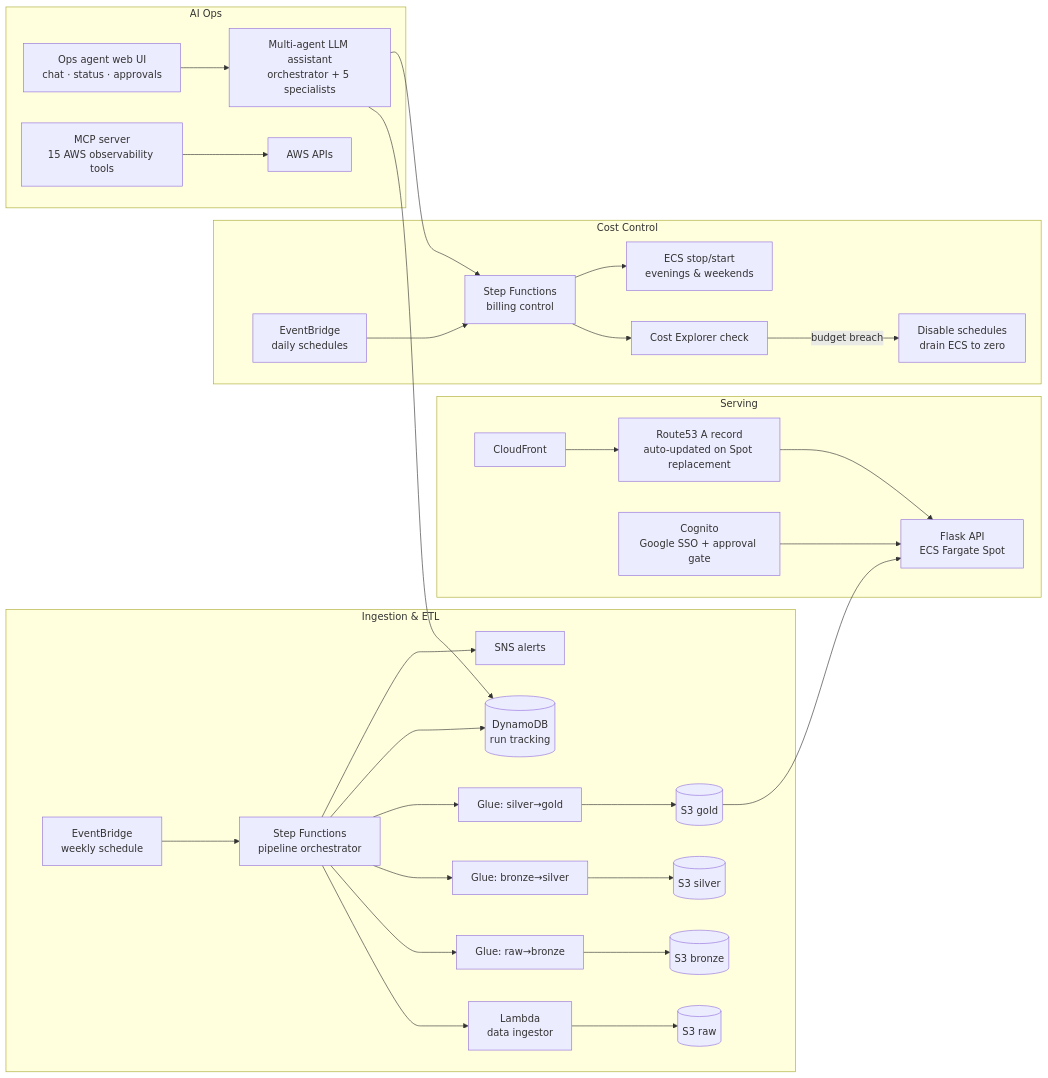
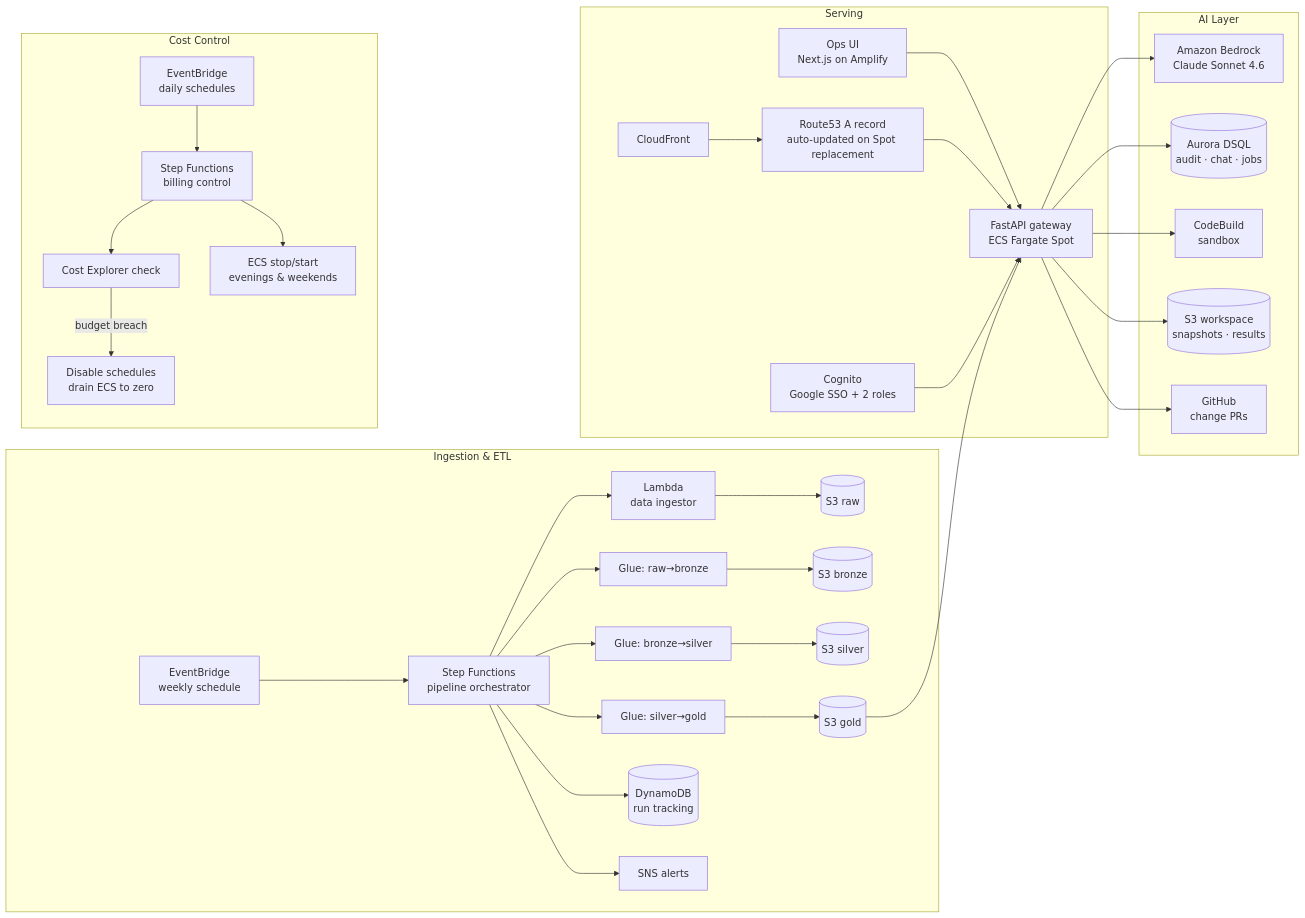
The diagram in README.md (AloofAncient/stratum-showcase), drawn with Mermaid before and after one commit. The commit also changed other lines of this file and 19 other files, not shown here.

````diff
--- a/README.md
+++ b/README.md
@@ -21,33 +22,35 @@
 ```mermaid
 flowchart LR
     subgraph Ingestion & ETL
         EB[EventBridge<br/>weekly schedule] --> SF[Step Functions<br/>pipeline orchestrator]
         SF --> LI[Lambda<br/>data ingestor]
         LI --> RAW[(S3 raw)]
         SF --> G1[Glue: raw→bronze] --> BR[(S3 bronze)]
         SF --> G2[Glue: bronze→silver] --> SI[(S3 silver)]
         SF --> G3[Glue: silver→gold] --> GO[(S3 gold)]
         SF --> DDB[(DynamoDB<br/>run tracking)]
         SF --> SNS[SNS alerts]
     end
 
     subgraph Serving
-        GO --> API[Flask API<br/>ECS Fargate Spot]
-        CF[CloudFront] --> R53[Route53 A record<br/>auto-updated on Spot replacement] --> API
-        COG[Cognito<br/>Google SSO + approval gate] --> API
+        UI[Ops UI<br/>Next.js on Amplify] --> GW
+        CF[CloudFront] --> R53[Route53 A record<br/>auto-updated on Spot replacement] --> GW[FastAPI gateway<br/>ECS Fargate Spot]
+        GO --> GW
+        COG[Cognito<br/>Google SSO + 2 roles] --> GW
+    end
+
+    subgraph AI Layer
+        GW --> BED[Amazon Bedrock<br/>Claude Sonnet 4.6]
+        GW --> DSQL[(Aurora DSQL<br/>audit · chat · jobs)]
+        GW --> CB[CodeBuild<br/>sandbox]
+        GW --> WS[(S3 workspace<br/>snapshots · results)]
+        GW --> GH[GitHub<br/>change PRs]
     end
 
     subgraph Cost Control
         CRON[EventBridge<br/>daily schedules] --> BC[Step Functions<br/>billing control]
         BC --> CE[Cost Explorer check]
         BC --> STOPGO[ECS stop/start<br/>evenings & weekends]
         CE -->|budget breach| KILL[Disable schedules<br/>drain ECS to zero]
     end
-
-    subgraph AI Ops
-        UI[Ops agent web UI<br/>chat · status · approvals] --> AG[Multi-agent LLM assistant<br/>orchestrator + 5 specialists]
-        AG --> DDB
-        AG --> BC
-        MCP[MCP server<br/>15 AWS observability tools] --> AWS[AWS APIs]
-    end
 ```
````
